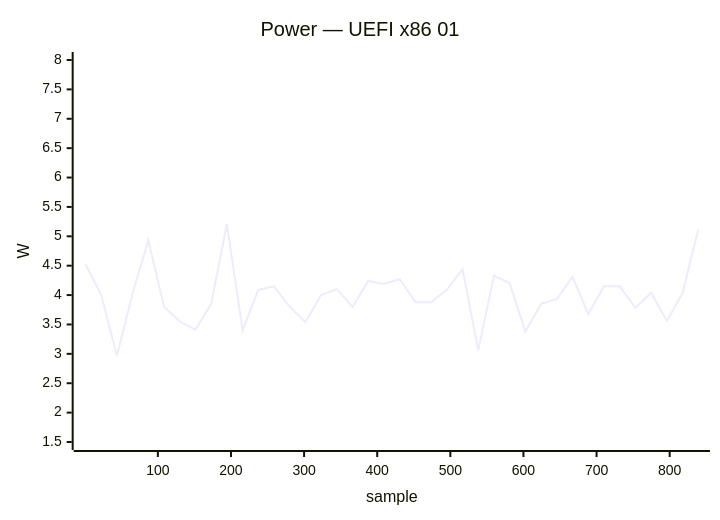
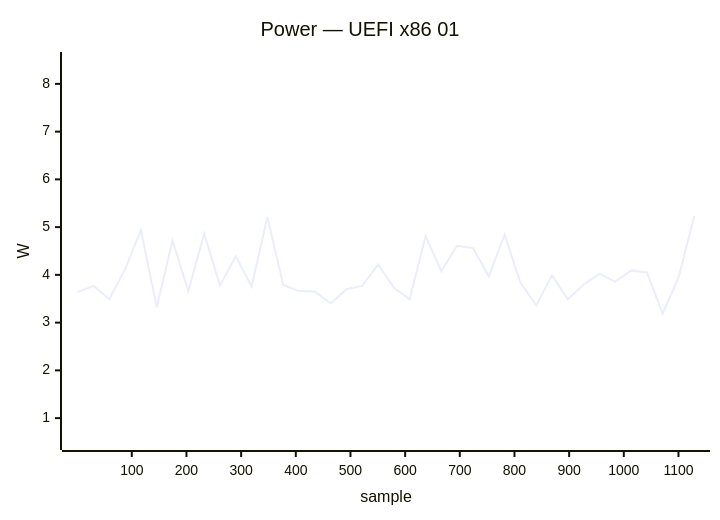
One commit to armbian/documentation changed diagram 23 of 24 in docs/status/board-tests.md. Above: the diagram before and after it, drawn with Mermaid. The commit also changed other lines of this file, not shown here.

````diff
--- a/docs/status/board-tests.md
+++ b/docs/status/board-tests.md
@@ -1273,7 +1273,7 @@
     ```mermaid
     xychart-beta
         title "Power — UEFI x86 01"
-        x-axis "sample" 1 --> 839
-        y-axis "W" 1.5 --> 8.0
-        line [4.53, 4.00, 2.97, 4.03, 4.93, 3.80, 3.55, 3.41, 3.85, 5.21, 3.40, 4.09, 4.15, 3.80, 3.54, 4.00, 4.10, 3.80, 4.24, 4.19, 4.27, 3.88, 3.88, 4.09, 4.44, 3.06, 4.33, 4.20, 3.38, 3.85, 3.93, 4.31, 3.68, 4.15, 4.15, 3.78, 4.04, 3.56, 4.03, 5.11]
+        x-axis "sample" 1 --> 1129
+        y-axis "W" 0.5 --> 8.5
+        line [3.64, 3.77, 3.49, 4.12, 4.94, 3.32, 4.72, 3.66, 4.86, 3.78, 4.39, 3.76, 5.21, 3.79, 3.66, 3.65, 3.40, 3.70, 3.77, 4.22, 3.73, 3.49, 4.81, 4.08, 4.61, 4.56, 3.97, 4.84, 3.84, 3.36, 3.99, 3.49, 3.80, 4.02, 3.86, 4.09, 4.05, 3.19, 3.94, 5.24]
     ```
````
